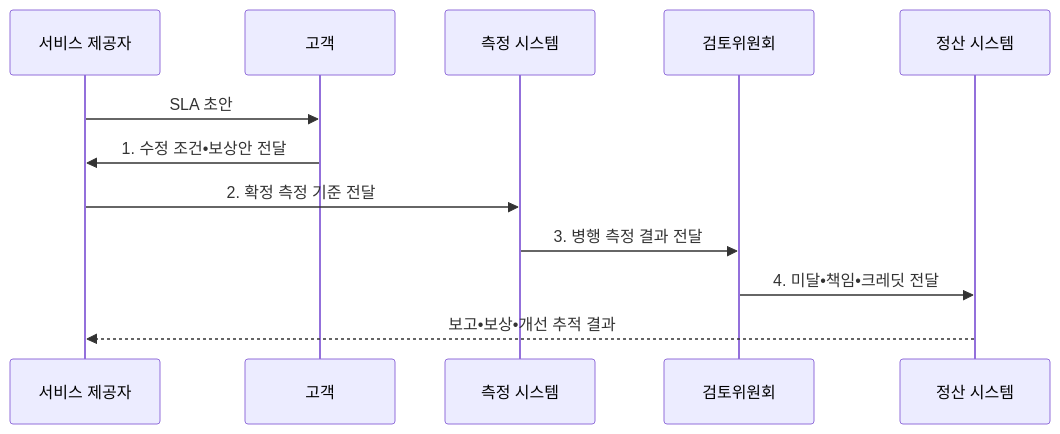
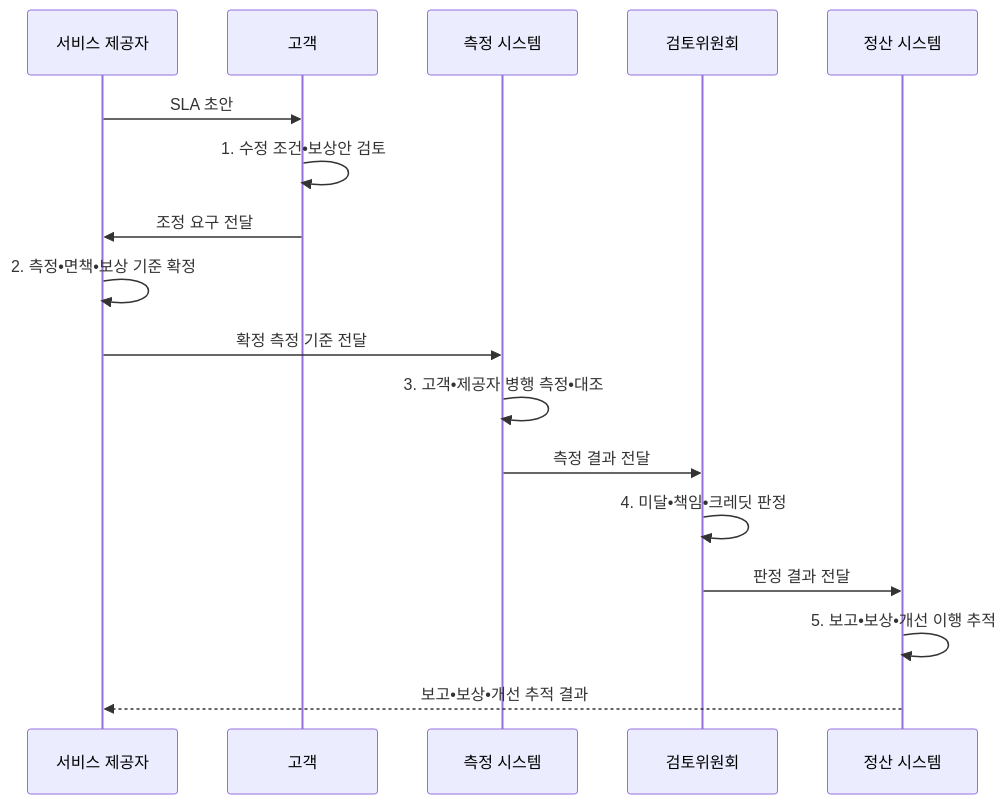
One commit to agnusdei1207/knowledge-base changed the second of 2 diagrams in src/content/docs/notes/06-evaluation/014_service_level_agreement.md. Above: the diagram before and after it, drawn with Mermaid. The commit also changed other lines of this file and 20 other files, not shown here.

````diff
--- a/src/content/docs/notes/06-evaluation/014_service_level_agreement.md
+++ b/src/content/docs/notes/06-evaluation/014_service_level_agreement.md
@@ -99,14 +99,19 @@
 ```mermaid
 sequenceDiagram
   participant P as 서비스 제공자
   participant C as 고객
   participant M as 측정 시스템
   participant R as 검토위원회
   participant S as 정산 시스템
   P->>C: SLA 초안
-  C->>P: 1. 수정 조건•보상안 전달
-  P->>M: 2. 확정 측정 기준 전달
-  M->>R: 3. 병행 측정 결과 전달
-  R->>S: 4. 미달•책임•크레딧 전달
+  C->>C: 1. 수정 조건•보상안 검토
+  C->>P: 조정 요구 전달
+  P->>P: 2. 측정•면책•보상 기준 확정
+  P->>M: 확정 측정 기준 전달
+  M->>M: 3. 고객•제공자 병행 측정•대조
+  M->>R: 측정 결과 전달
+  R->>R: 4. 미달•책임•크레딧 판정
+  R->>S: 판정 결과 전달
+  S->>S: 5. 보고•보상•개선 이행 추적
   S-->>P: 보고•보상•개선 추적 결과
 ```
````
